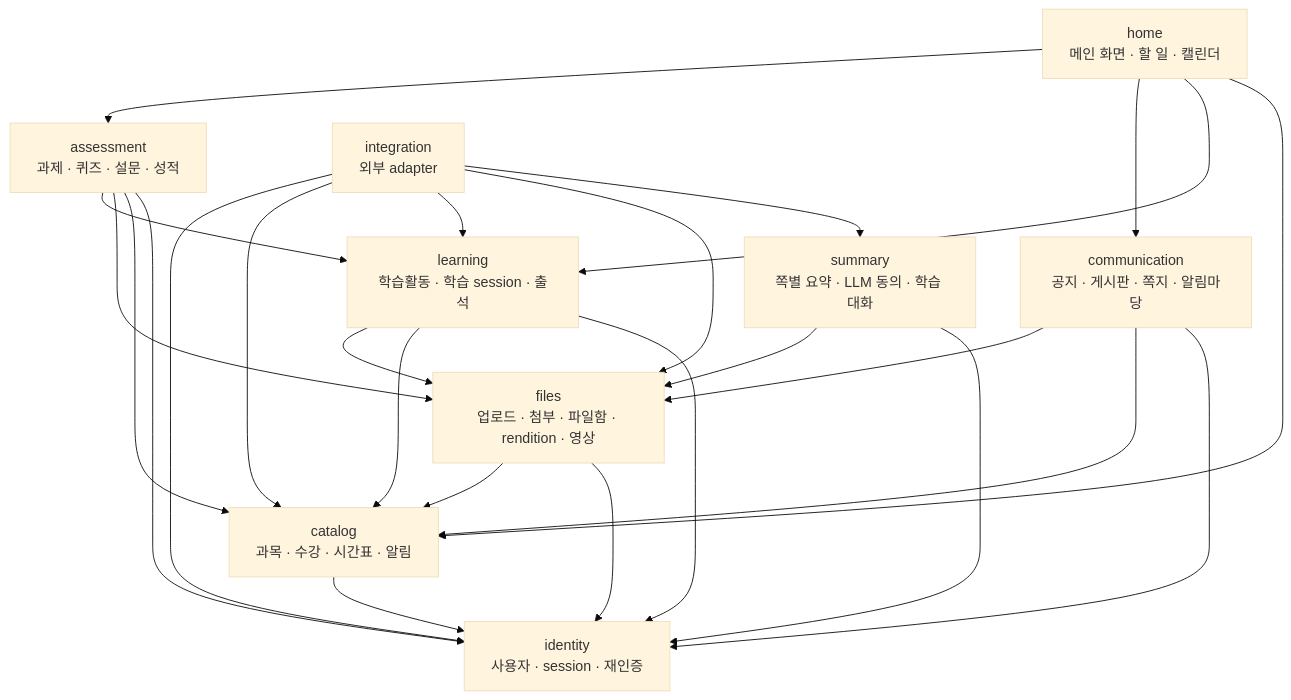
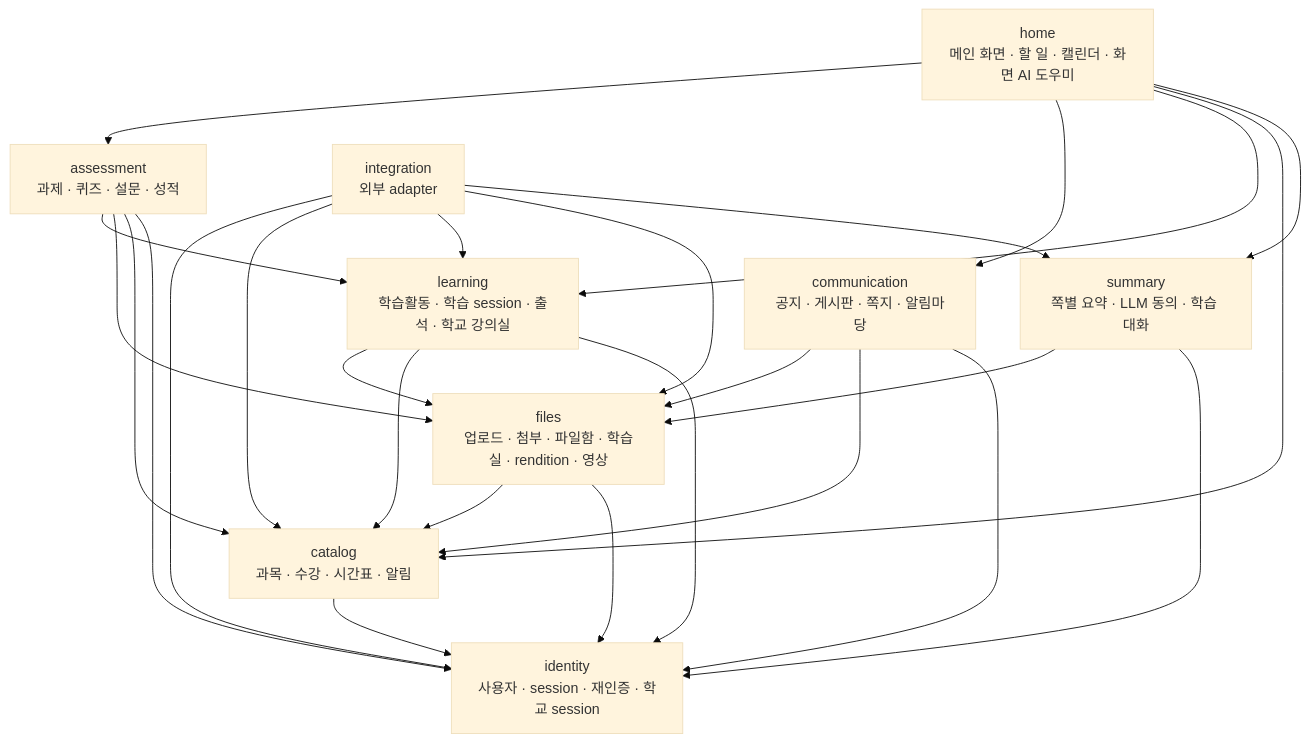
Before and after one commit to 2026ENDPoinT/team13: the fifth of 19 diagrams in backend/docs/c4.md, drawn with Mermaid (base theme). The commit also changed other lines of this file and 1 other file, not shown here.

Commit message:
STAC-000 README와 c4.md를 학교 e-Class 연동, Hermes 운영 배포, LLM gateway, 학습실 기능에 맞춤

````diff
--- a/backend/docs/c4.md
+++ b/backend/docs/c4.md
@@ -228,20 +256,20 @@
 ```mermaid
 flowchart TD
-  HOME["home<br/>메인 화면 · 할 일 · 캘린더"]
+  HOME["home<br/>메인 화면 · 할 일 · 캘린더 · 화면 AI 도우미"]
   ASM["assessment<br/>과제 · 퀴즈 · 설문 · 성적"]
   COM["communication<br/>공지 · 게시판 · 쪽지 · 알림마당"]
-  LRN["learning<br/>학습활동 · 학습 session · 출석"]
+  LRN["learning<br/>학습활동 · 학습 session · 출석 · 학교 강의실"]
   SUM["summary<br/>쪽별 요약 · LLM 동의 · 학습 대화"]
-  FIL["files<br/>업로드 · 첨부 · 파일함 · rendition · 영상"]
+  FIL["files<br/>업로드 · 첨부 · 파일함 · 학습실 · rendition · 영상"]
   CAT["catalog<br/>과목 · 수강 · 시간표 · 알림"]
-  IDN["identity<br/>사용자 · session · 재인증"]
+  IDN["identity<br/>사용자 · session · 재인증 · 학교 session"]
   INT["integration<br/>외부 adapter"]
-  HOME --> ASM & COM & LRN & CAT
+  HOME --> ASM & COM & LRN & CAT & SUM
   ASM --> LRN & FIL & CAT & IDN
   COM --> FIL & CAT & IDN
   LRN --> FIL & CAT & IDN
   SUM --> FIL & IDN
   FIL --> CAT & IDN
   CAT --> IDN
   INT --> IDN & CAT & LRN & FIL & SUM
 ```
````
